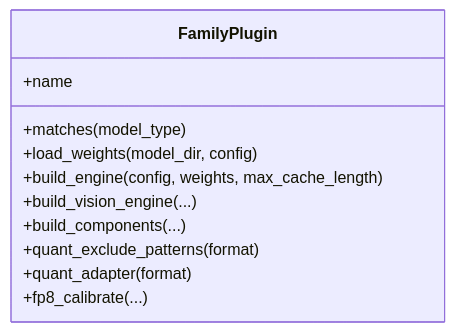
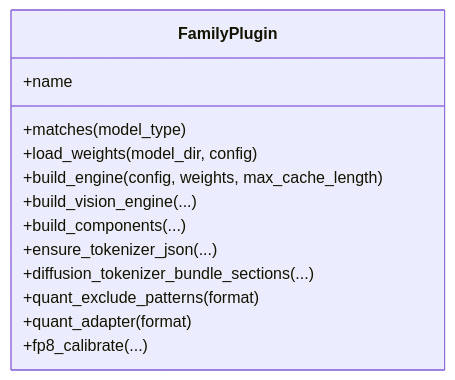
Before and after one commit to NVIDIA/TensorRT-Model-Connect: the second of 3 diagrams in website/docs/unit-design/python-builder.md, drawn with Mermaid. The commit also changed other lines of this file and 18 other files, not shown here.

````diff
--- a/website/docs/unit-design/python-builder.md
+++ b/website/docs/unit-design/python-builder.md
@@ -104,14 +143,16 @@
 ```mermaid
 classDiagram
   class FamilyPlugin {
     +name
     +matches(model_type)
     +load_weights(model_dir, config)
     +build_engine(config, weights, max_cache_length)
     +build_vision_engine(...)
     +build_components(...)
+    +ensure_tokenizer_json(...)
+    +diffusion_tokenizer_bundle_sections(...)
     +quant_exclude_patterns(format)
     +quant_adapter(format)
     +fp8_calibrate(...)
   }
 ```
````
